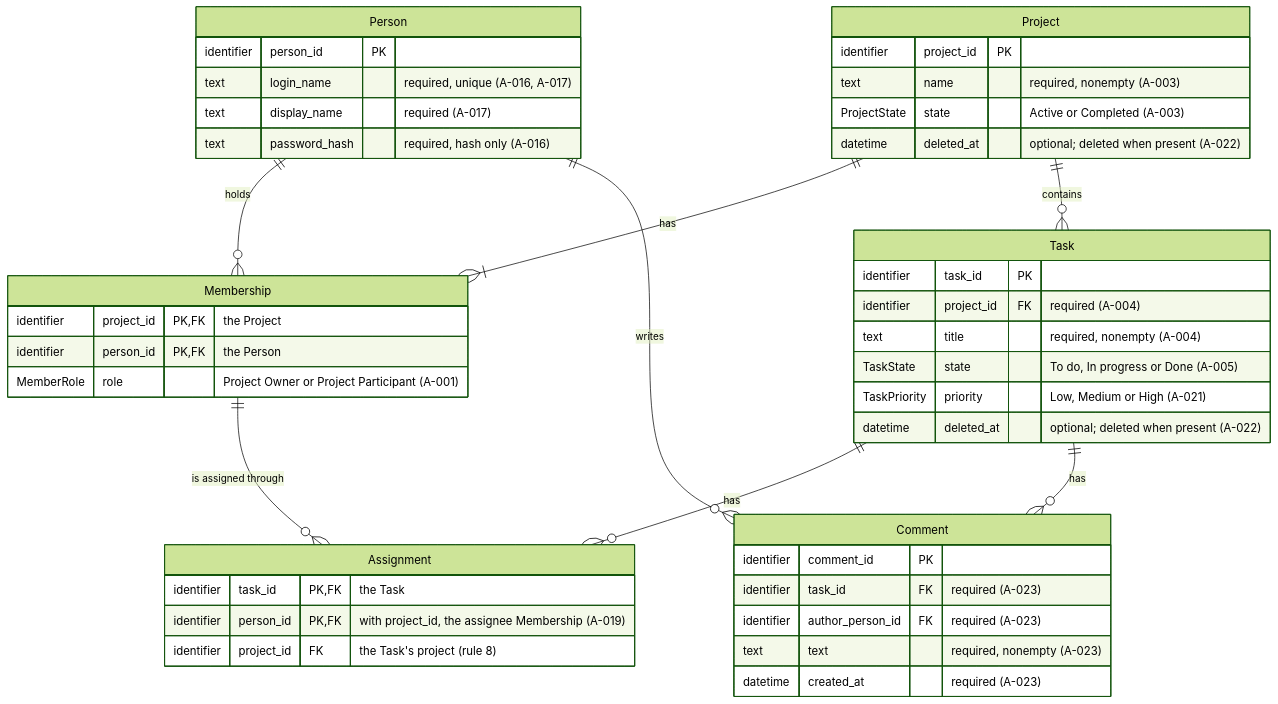
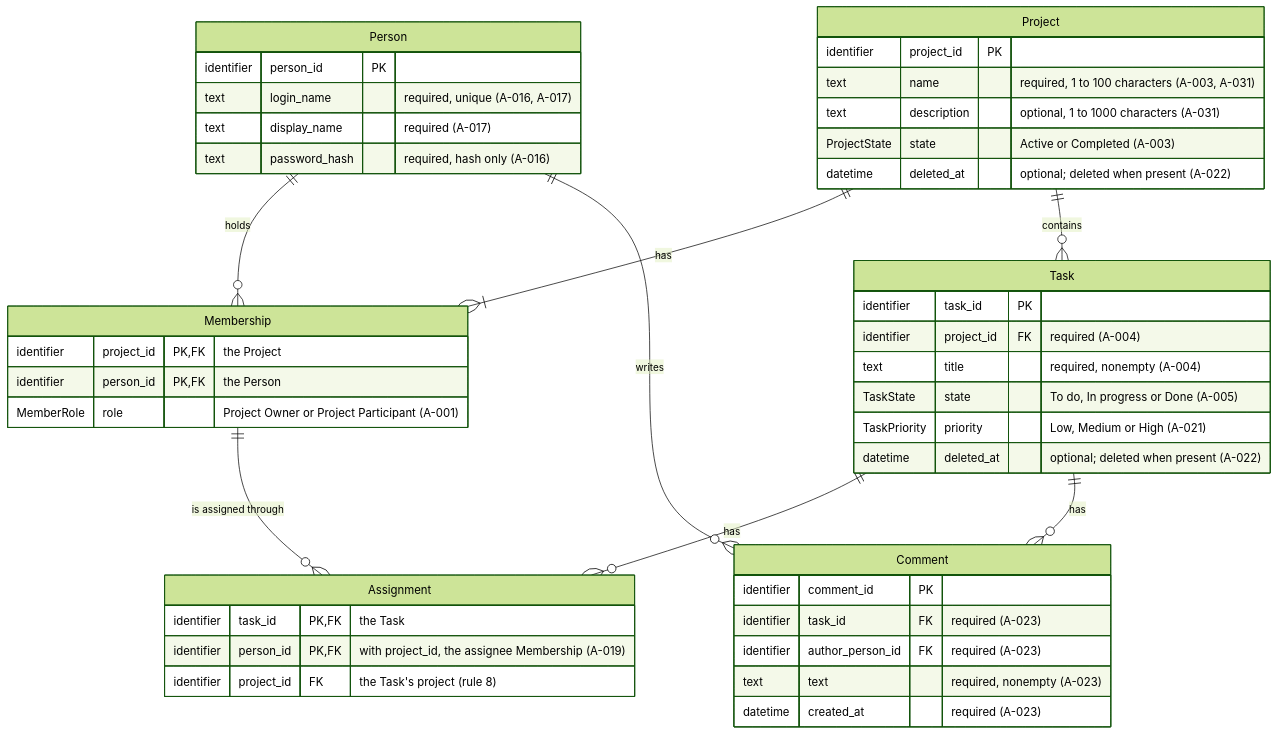
The diagram in docs/database.md (pedropires-ppb/matriz-ai-workshop), drawn with Mermaid (forest theme) before and after one commit. The commit also changed other lines of this file and 69 other files, not shown here.

````diff
--- a/docs/database.md
+++ b/docs/database.md
@@ -43,48 +43,49 @@
 ```mermaid
 erDiagram
     Person ||--o{ Membership : "holds"
     Project ||--|{ Membership : "has"
     Project ||--o{ Task : "contains"
     Task ||--o{ Assignment : "has"
     Membership ||--o{ Assignment : "is assigned through"
     Task ||--o{ Comment : "has"
     Person ||--o{ Comment : "writes"
 
     Person {
         identifier person_id PK
         text login_name "required, unique (A-016, A-017)"
         text display_name "required (A-017)"
         text password_hash "required, hash only (A-016)"
     }
     Project {
         identifier project_id PK
-        text name "required, nonempty (A-003)"
+        text name "required, 1 to 100 characters (A-003, A-031)"
+        text description "optional, 1 to 1000 characters (A-031)"
         ProjectState state "Active or Completed (A-003)"
         datetime deleted_at "optional; deleted when present (A-022)"
     }
     Membership {
         identifier project_id PK, FK "the Project"
         identifier person_id PK, FK "the Person"
         MemberRole role "Project Owner or Project Participant (A-001)"
     }
     Task {
         identifier task_id PK
         identifier project_id FK "required (A-004)"
         text title "required, nonempty (A-004)"
         TaskState state "To do, In progress or Done (A-005)"
         TaskPriority priority "Low, Medium or High (A-021)"
         datetime deleted_at "optional; deleted when present (A-022)"
     }
     Assignment {
         identifier task_id PK, FK "the Task"
         identifier person_id PK, FK "with project_id, the assignee Membership (A-019)"
         identifier project_id FK "the Task's project (rule 8)"
     }
     Comment {
         identifier comment_id PK
         identifier task_id FK "required (A-023)"
         identifier author_person_id FK "required (A-023)"
         text text "required, nonempty (A-023)"
         datetime created_at "required (A-023)"
     }
 ```
````
